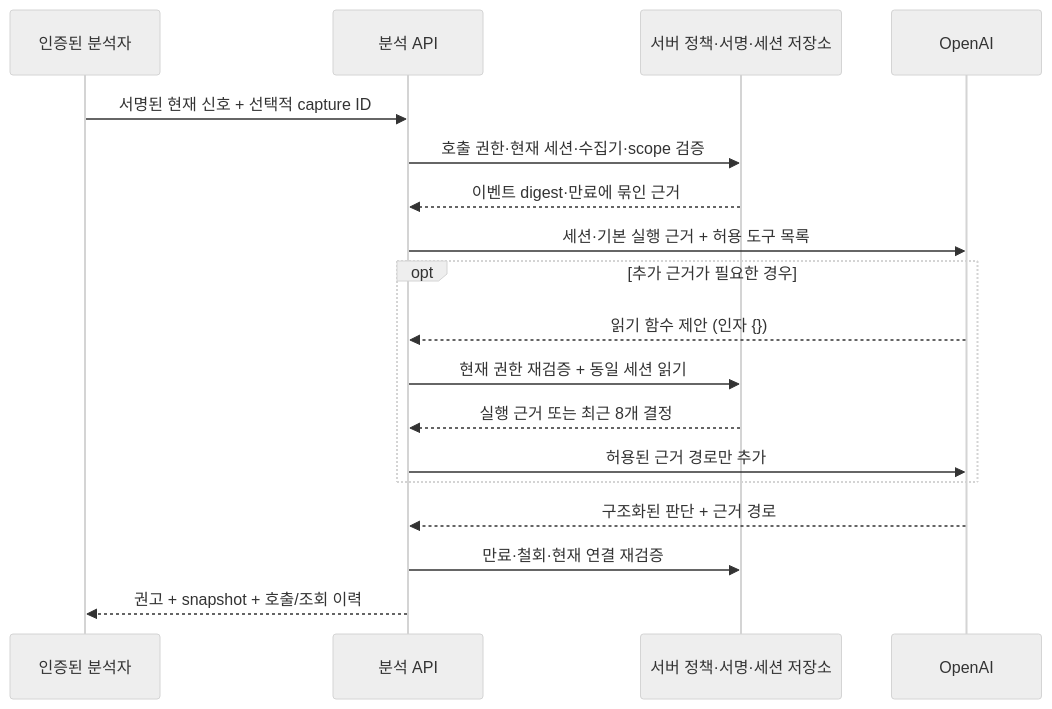
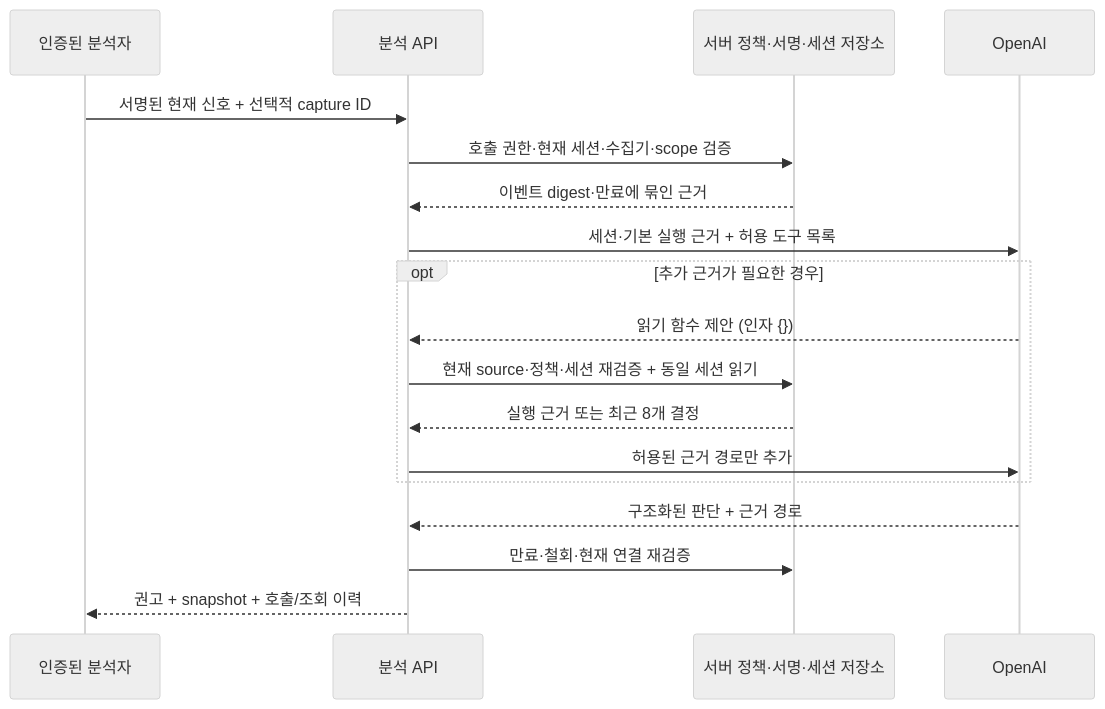
Before and after one commit to cheonan-asan-sta/zero-trust-llm-secops: the diagram in docs/llm-read-only-evidence-review-20261117.md, drawn with Mermaid (neutral theme). The commit also changed other lines of this file and 22 other files, not shown here.

````diff
--- a/docs/llm-read-only-evidence-review-20261117.md
+++ b/docs/llm-read-only-evidence-review-20261117.md
@@ -9,20 +9,20 @@
 ```mermaid
 sequenceDiagram
     participant O as 인증된 분석자
     participant S as 분석 API
     participant V as 서버 정책·서명·세션 저장소
     participant L as OpenAI
     O->>S: 서명된 현재 신호 + 선택적 capture ID
     S->>V: 호출 권한·현재 세션·수집기·scope 검증
     V-->>S: 이벤트 digest·만료에 묶인 근거
     S->>L: 세션·기본 실행 근거 + 허용 도구 목록
     opt 추가 근거가 필요한 경우
         L-->>S: 읽기 함수 제안 (인자 {})
-        S->>V: 현재 권한 재검증 + 동일 세션 읽기
+        S->>V: 현재 source·정책·세션 재검증 + 동일 세션 읽기
         V-->>S: 실행 근거 또는 최근 8개 결정
         S->>L: 허용된 근거 경로만 추가
     end
     L-->>S: 구조화된 판단 + 근거 경로
     S->>V: 만료·철회·현재 연결 재검증
     S-->>O: 권고 + snapshot + 호출/조회 이력
 ```
````
